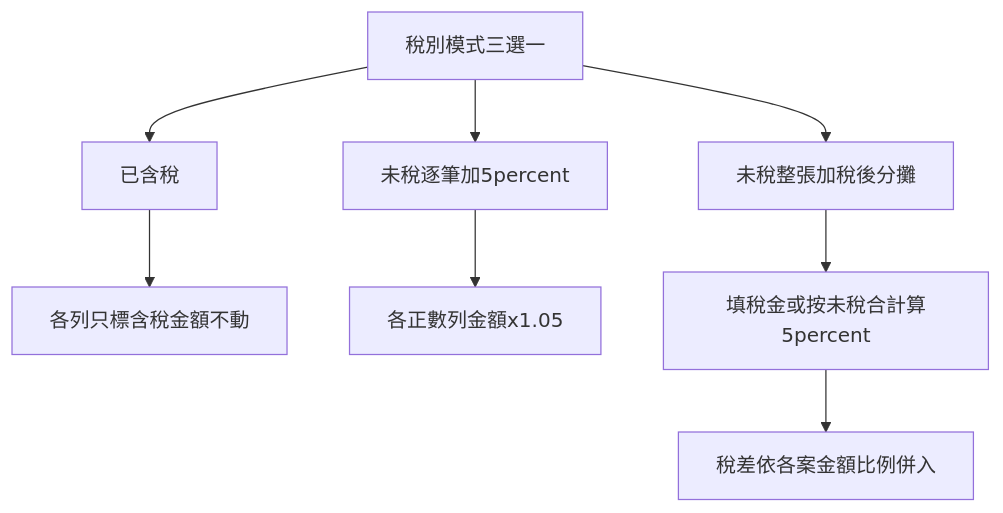
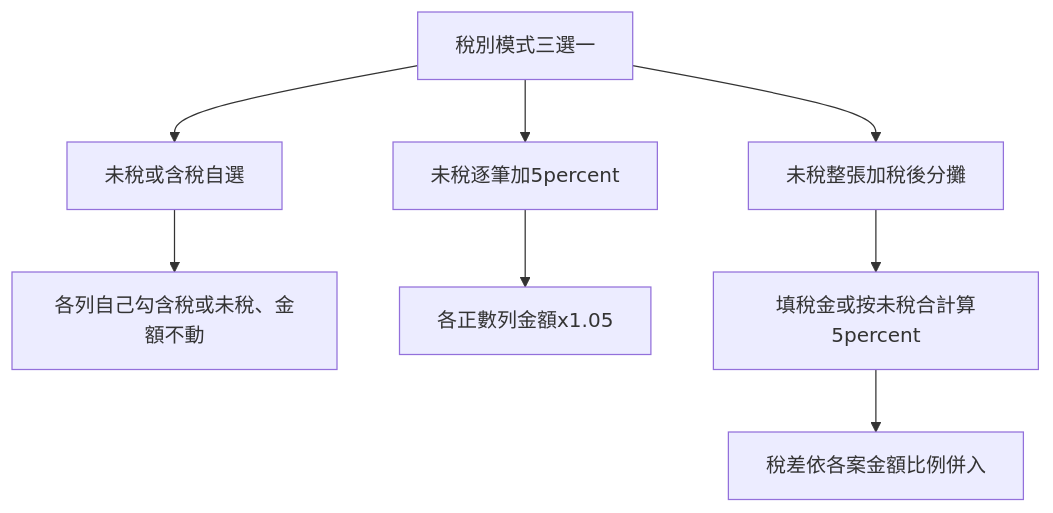
The diagram in SPEC/23_待付款稅金三模式計劃.md (nephi4377/liff-checkin), drawn with Mermaid before and after one commit. The commit also changed other lines of this file and 9 other files, not shown here.

````diff
--- a/SPEC/23_待付款稅金三模式計劃.md
+++ b/SPEC/23_待付款稅金三模式計劃.md
@@ -33,14 +33,14 @@
 ```mermaid
 flowchart TD
   mode[稅別模式三選一]
-  m1[已含稅]
+  m1[未稅或含稅自選]
   m2[未稅逐筆加5percent]
   m3[未稅整張加稅後分攤]
   mode --> m1
   mode --> m2
   mode --> m3
-  m1 --> tagOnly[各列只標含稅金額不動]
+  m1 --> tagOnly[各列自己勾含稅或未稅、金額不動]
   m2 --> perRow[各正數列金額x1.05]
   m3 --> taxBox[填稅金或按未稅合計算5percent]
   taxBox --> prorate[稅差依各案金額比例併入]
 ```
````
